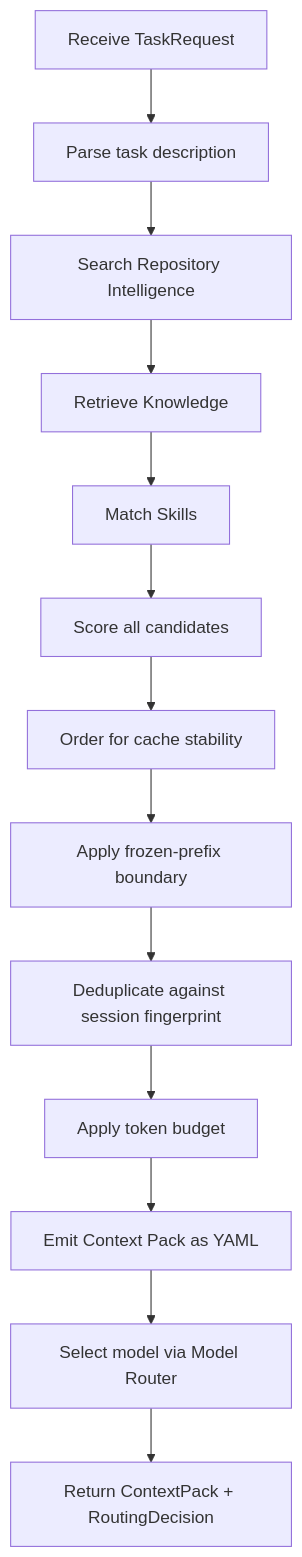
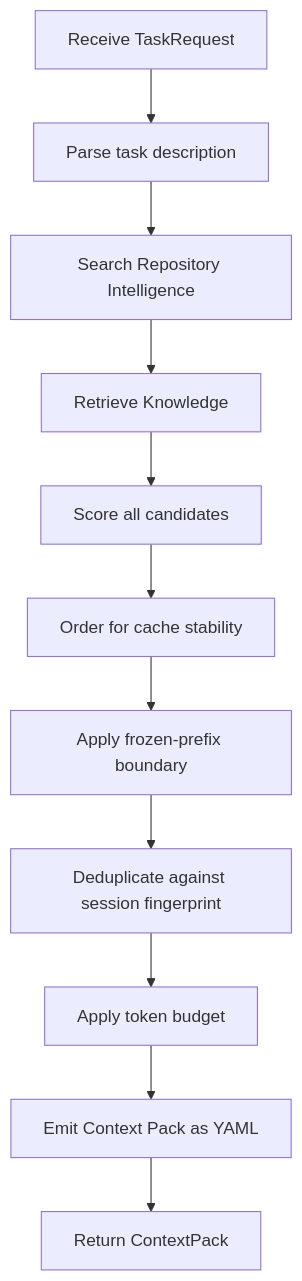
The first of 2 diagrams in docs/01-architecture/COMPONENTS.md (leonortega/coderun), drawn with Mermaid before and after one commit. The commit also changed other lines of this file and 260 other files, not shown here.

First line of the commit message:
feat: Add AI Runtime V1 Specification and update roadmap

````diff
--- a/docs/01-architecture/COMPONENTS.md
+++ b/docs/01-architecture/COMPONENTS.md
@@ -169,15 +175,13 @@
 ```mermaid
 flowchart TD
     A[Receive TaskRequest] --> B[Parse task description]
     B --> C[Search Repository Intelligence]
     C --> D[Retrieve Knowledge]
-    D --> E[Match Skills]
-    E --> F[Score all candidates]
-    F --> G[Order for cache stability]
-    G --> H[Apply frozen-prefix boundary]
-    H --> I[Deduplicate against session fingerprint]
-    I --> J[Apply token budget]
-    J --> K[Emit Context Pack as YAML]
-    K --> L[Select model via Model Router]
-    L --> M[Return ContextPack + RoutingDecision]
+    D --> E[Score all candidates]
+    E --> F[Order for cache stability]
+    F --> G[Apply frozen-prefix boundary]
+    G --> H[Deduplicate against session fingerprint]
+    H --> I[Apply token budget]
+    I --> J[Emit Context Pack as YAML]
+    J --> K[Return ContextPack]
 ```
````
